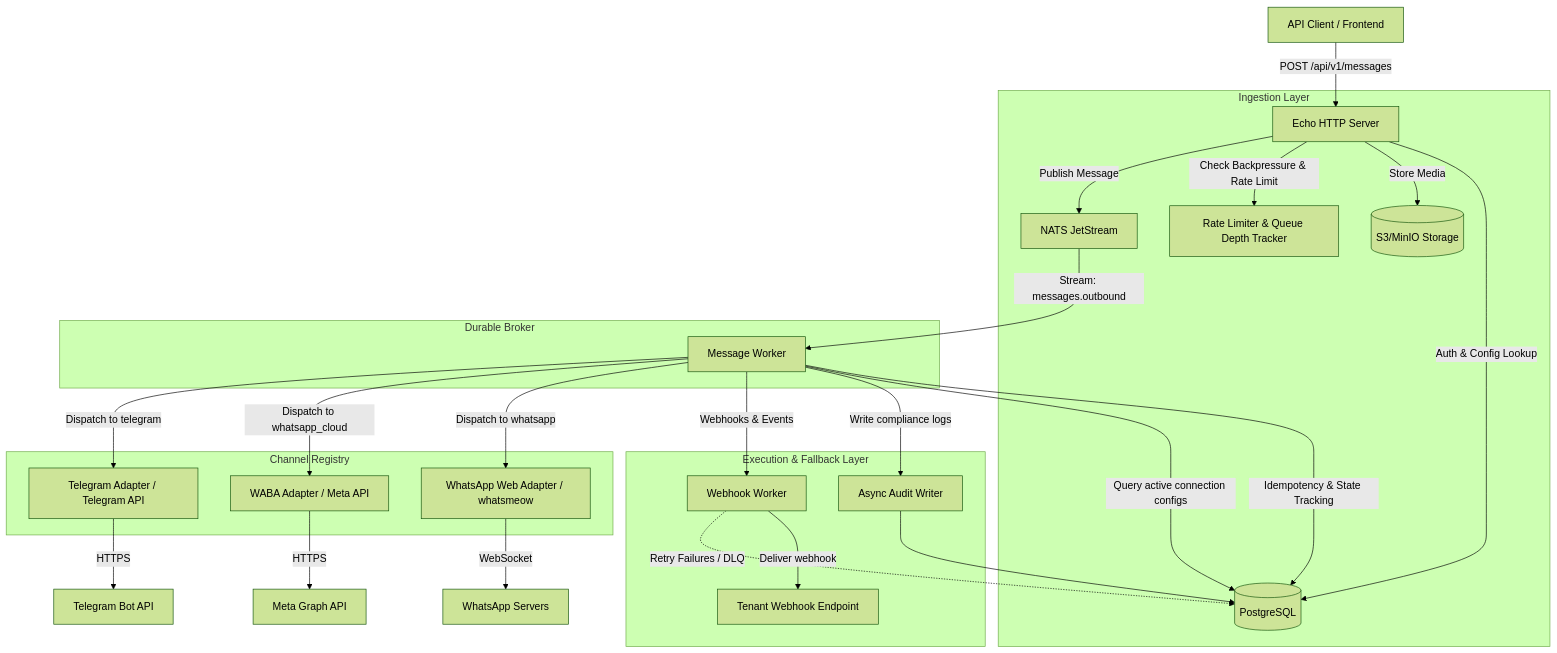
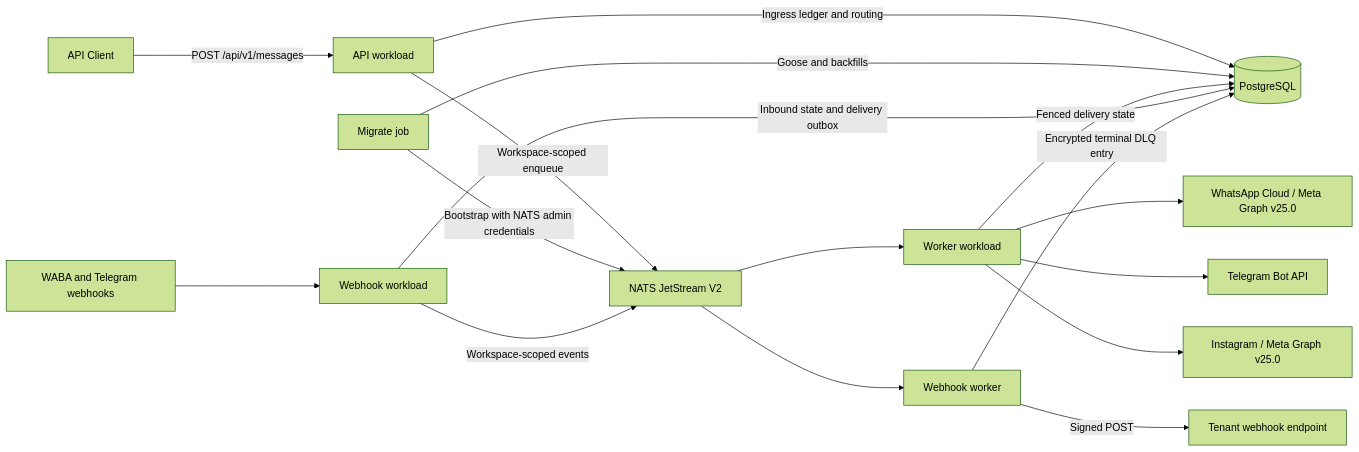
Before and after one commit to devpablocristo/pergo: the diagram in docs/architecture/overview.md, drawn with Mermaid (forest theme). The commit also changed other lines of this file and 168 other files, not shown here.

````diff
--- a/docs/architecture/overview.md
+++ b/docs/architecture/overview.md
@@ -23,33 +37,22 @@
 ```mermaid
-graph TD
-    Client[API Client / Frontend] -->|POST /api/v1/messages| Echo[Echo HTTP Server]
-    
-    subgraph Ingestion [Ingestion Layer]
-        Echo -->|Auth & Config Lookup| Postgres[(PostgreSQL)]
-        Echo -->|Store Media| S3[(S3/MinIO Storage)]
-        Echo -->|Check Backpressure & Rate Limit| Limiters[Rate Limiter & Queue Depth Tracker]
-        Echo -->|Publish Message| NATS[NATS JetStream]
-    end
+flowchart LR
+    Client[API Client] -->|POST /api/v1/messages| API[API workload]
+    API -->|Ingress ledger and routing| PG[(PostgreSQL)]
+    API -->|Workspace-scoped enqueue| JS[NATS JetStream V2]
 
-    subgraph Broker [Durable Broker]
-        NATS -->|Stream: messages.outbound| Worker[Message Worker]
-    end
+    Migrate[Migrate job] -->|Goose and backfills| PG
+    Migrate -->|Bootstrap with NATS admin credentials| JS
 
-    subgraph Execution [Execution & Fallback Layer]
-        Worker -->|Idempotency & State Tracking| Postgres
-        Worker -->|Query active connection configs| Postgres
-        Worker -->|Write compliance logs| Audit[Async Audit Writer] --> Postgres
-        Worker -->|Webhooks & Events| WebhookWork[Webhook Worker] -->|Deliver webhook| TenantWebhook[Tenant Webhook Endpoint]
-        WebhookWork -.->|Retry Failures / DLQ| Postgres
-    end
+    JS --> Worker[Worker workload]
+    Worker -->|Fenced delivery state| PG
+    Worker --> WABA[WhatsApp Cloud / Meta Graph v25.0]
+    Worker --> Telegram[Telegram Bot API]
+    Worker --> Instagram[Instagram / Meta Graph v25.0]
 
-    subgraph Channels [Channel Registry]
-        Worker -->|Dispatch to whatsapp| WAWeb[WhatsApp Web Adapter / whatsmeow]
-        Worker -->|Dispatch to whatsapp_cloud| WACloud[WABA Adapter / Meta API]
-        Worker -->|Dispatch to telegram| TG[Telegram Adapter / Telegram API]
-    end
-
-    WAWeb -->|WebSocket| WASrv[WhatsApp Servers]
-    WACloud -->|HTTPS| MetaSrv[Meta Graph API]
-    TG -->|HTTPS| TGSrv[Telegram Bot API]
+    Providers[WABA and Telegram webhooks] --> Webhook[Webhook workload]
+    Webhook -->|Inbound state and delivery outbox| PG
+    Webhook -->|Workspace-scoped events| JS
+    JS --> WebhookWorker[Webhook worker]
+    WebhookWorker -->|Signed POST| Tenant[Tenant webhook endpoint]
+    WebhookWorker -->|Encrypted terminal DLQ entry| PG
 ```
````
